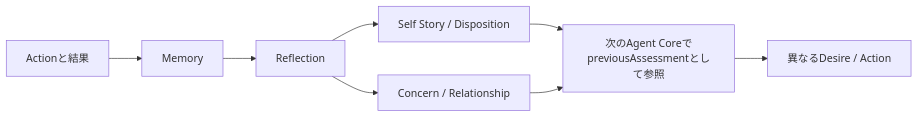
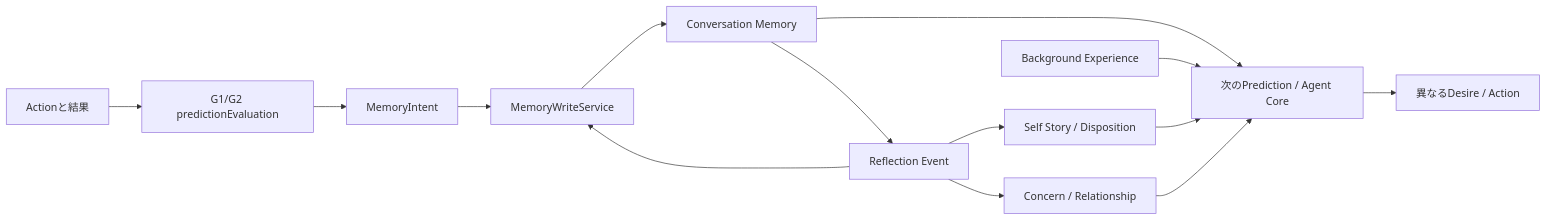
The seventh of 7 diagrams in docs/AGENT_MOTIVATION_MODEL.md (if001/social_agent), drawn with Mermaid before and after one commit. The commit also changed other lines of this file and 10 other files, not shown here.

````diff
--- a/docs/AGENT_MOTIVATION_MODEL.md
+++ b/docs/AGENT_MOTIVATION_MODEL.md
@@ -209,10 +310,16 @@
 ```mermaid
 flowchart LR
-    X[Actionと結果] --> M[Memory]
-    M --> R[Reflection]
+    X[Actionと結果] --> PE[G1/G2 predictionEvaluation]
+    PE --> MI[MemoryIntent]
+    MI --> MW[MemoryWriteService]
+    MW --> M[Conversation Memory]
+    M --> N[次のPrediction / Agent Core]
+    BG[Background Experience] --> N
+    M --> R[Reflection Event]
     R --> SS[Self Story / Disposition]
     R --> CR[Concern / Relationship]
-    SS --> N[次のAgent CoreでpreviousAssessmentとして参照]
+    R --> MW
+    SS --> N
     CR --> N
     N --> NX[異なるDesire / Action]
 ```
````
